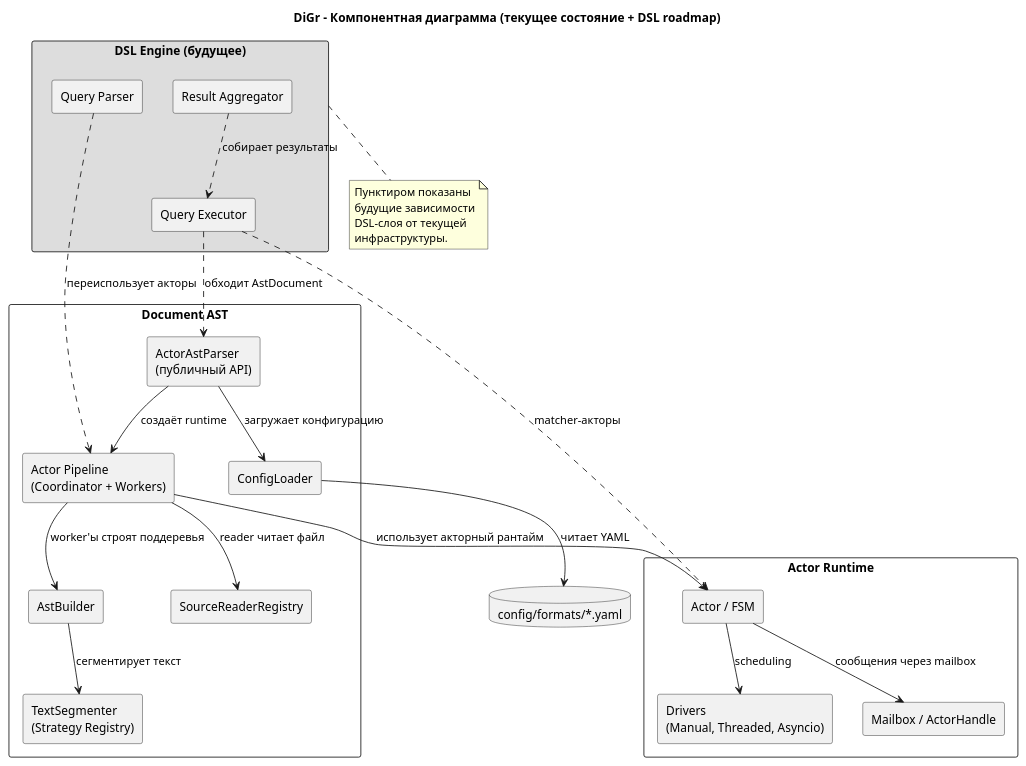
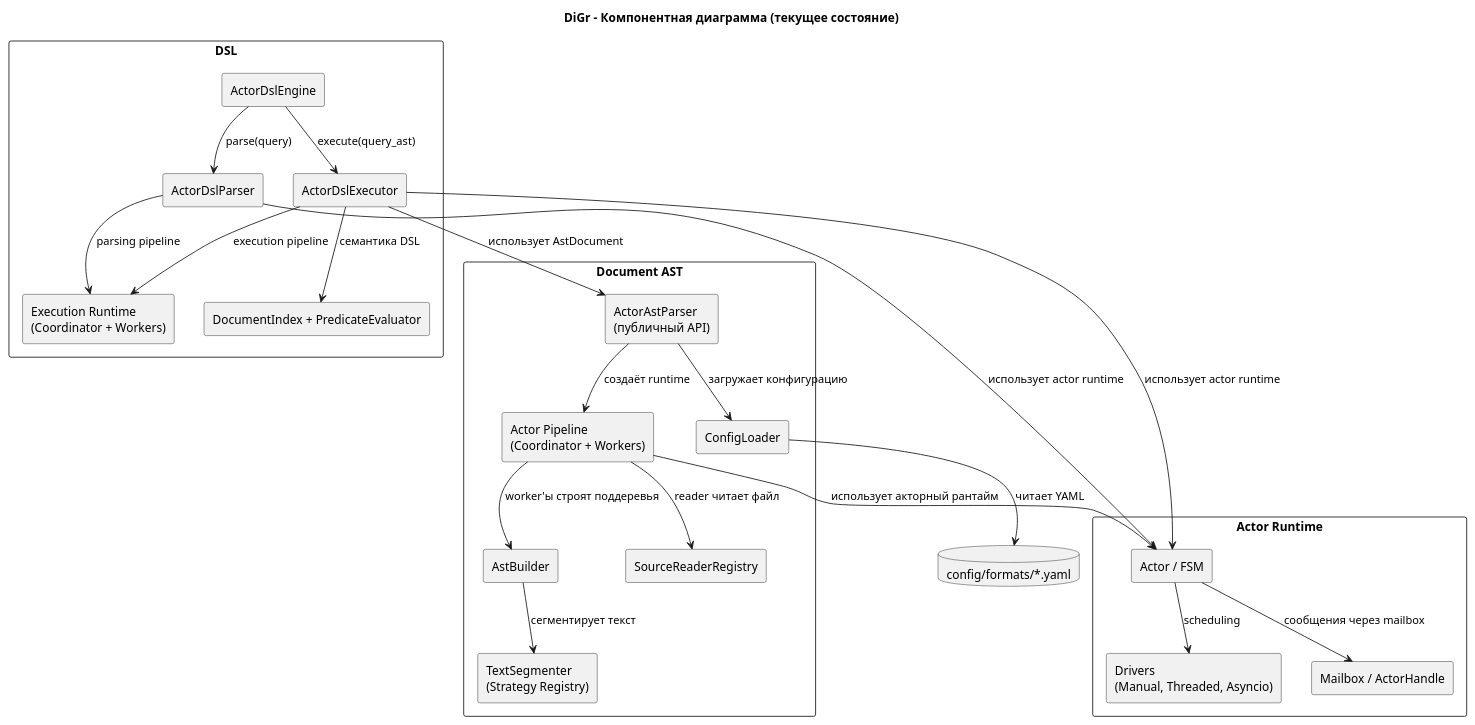
One commit to Forthey/DiGr changed the diagram in docs/uml/component_overview.puml. Above: the diagram before and after it, drawn with PlantUML. The commit also changed 12 other files, not shown here.

```diff
--- a/docs/uml/component_overview.puml
+++ b/docs/uml/component_overview.puml
@@ -1,55 +1,56 @@
 @startuml
 skinparam shadowing false
 skinparam componentStyle rectangle
 skinparam packageStyle rectangle
 
-title DiGr - Компонентная диаграмма (текущее состояние + DSL roadmap)
-
-package "DSL Engine (будущее)" as dsl #DDDDDD {
-  [Query Parser] as qp
-  [Query Executor] as qe
-  [Result Aggregator] as ra
-}
+title DiGr - Компонентная диаграмма (текущее состояние)
 
 package "Document AST" as ast {
   [ActorAstParser\n(публичный API)] as api
   [ConfigLoader] as cl
   [Actor Pipeline\n(Coordinator + Workers)] as pipeline
   [AstBuilder] as builder
   [TextSegmenter\n(Strategy Registry)] as seg
   [SourceReaderRegistry] as srr
 }
 
 package "Actor Runtime" as actor {
   [Actor / FSM] as core
   [Drivers\n(Manual, Threaded, Asyncio)] as drivers
   [Mailbox / ActorHandle] as mh
 }
 
+package "DSL" as dsl {
+  [ActorDslParser] as dsl_parser
+  [ActorDslExecutor] as dsl_executor
+  [ActorDslEngine] as dsl_engine
+  [Execution Runtime\n(Coordinator + Workers)] as dsl_runtime
+  [DocumentIndex + PredicateEvaluator] as dsl_eval
+}
+
 database "config/formats/*.yaml" as config
 
 api --> cl : загружает конфигурацию
 api --> pipeline : создаёт runtime
 cl --> config : читает YAML
 
 pipeline --> core : использует акторный рантайм
 pipeline --> builder : worker'ы строят поддеревья
 pipeline --> srr : reader читает файл
 builder --> seg : сегментирует текст
 
 core --> mh : сообщения через mailbox
 core --> drivers : scheduling
 
-qp ..> pipeline : переиспользует акторы
-qe ..> api : обходит AstDocument
-qe ..> core : matcher-акторы
-ra ..> qe : собирает результаты
+dsl_parser --> core : использует actor runtime
+dsl_parser --> dsl_runtime : parsing pipeline
 
-note bottom of dsl
-  Пунктиром показаны
-  будущие зависимости
-  DSL-слоя от текущей
-  инфраструктуры.
-end note
+dsl_executor --> api : использует AstDocument
+dsl_executor --> core : использует actor runtime
+dsl_executor --> dsl_runtime : execution pipeline
+dsl_executor --> dsl_eval : семантика DSL
+
+dsl_engine --> dsl_parser : parse(query)
+dsl_engine --> dsl_executor : execute(query_ast)
 
 @enduml
```
